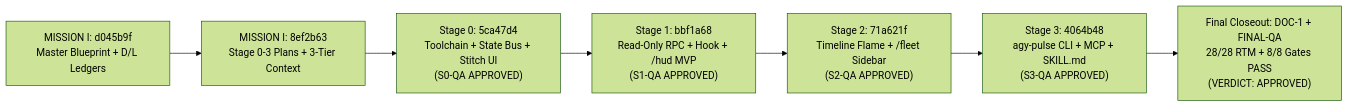
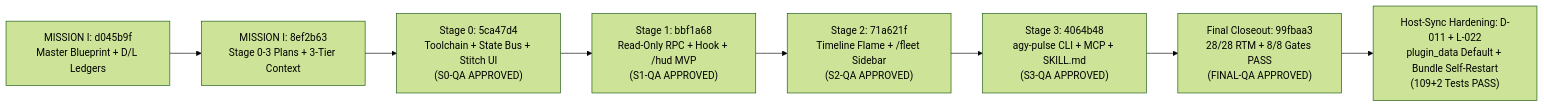
The diagram in docs/plans/FINAL_ACCEPTANCE_AUDIT_REPORT.md (springtian1982/antigravity-pulse), drawn with Mermaid (forest theme) before and after one commit. The commit also changed other lines of this file and 22 other files, not shown here.

Commit message:
fix(host-sync): unify default state dir with host plugin_data and auto-reload updated sidecar bundle

````diff
--- a/docs/plans/FINAL_ACCEPTANCE_AUDIT_REPORT.md
+++ b/docs/plans/FINAL_ACCEPTANCE_AUDIT_REPORT.md
@@ -15,9 +15,10 @@
 ```mermaid
 flowchart LR
   M1A["MISSION I: d045b9f<br/>Master Blueprint + D/L Ledgers"] --> M1B["MISSION I: 8ef2b63<br/>Stage 0-3 Plans + 3-Tier Context"]
   M1B --> S0["Stage 0: 5ca47d4<br/>Toolchain + State Bus + Stitch UI<br/>(S0-QA APPROVED)"]
   S0 --> S1["Stage 1: bbf1a68<br/>Read-Only RPC + Hook + /hud MVP<br/>(S1-QA APPROVED)"]
   S1 --> S2["Stage 2: 71a621f<br/>Timeline Flame + /fleet Sidebar<br/>(S2-QA APPROVED)"]
   S2 --> S3["Stage 3: 4064b48<br/>agy-pulse CLI + MCP + SKILL.md<br/>(S3-QA APPROVED)"]
-  S3 --> CLOSE["Final Closeout: DOC-1 + FINAL-QA<br/>28/28 RTM + 8/8 Gates PASS<br/>(VERDICT: APPROVED)"]
+  S3 --> CLOSE["Final Closeout: 99fbaa3<br/>28/28 RTM + 8/8 Gates PASS<br/>(FINAL-QA APPROVED)"]
+  CLOSE --> HSYNC["Host-Sync Hardening: D-011 + L-022<br/>plugin_data Default + Bundle Self-Restart<br/>(109+2 Tests PASS)"]
 ```
````
